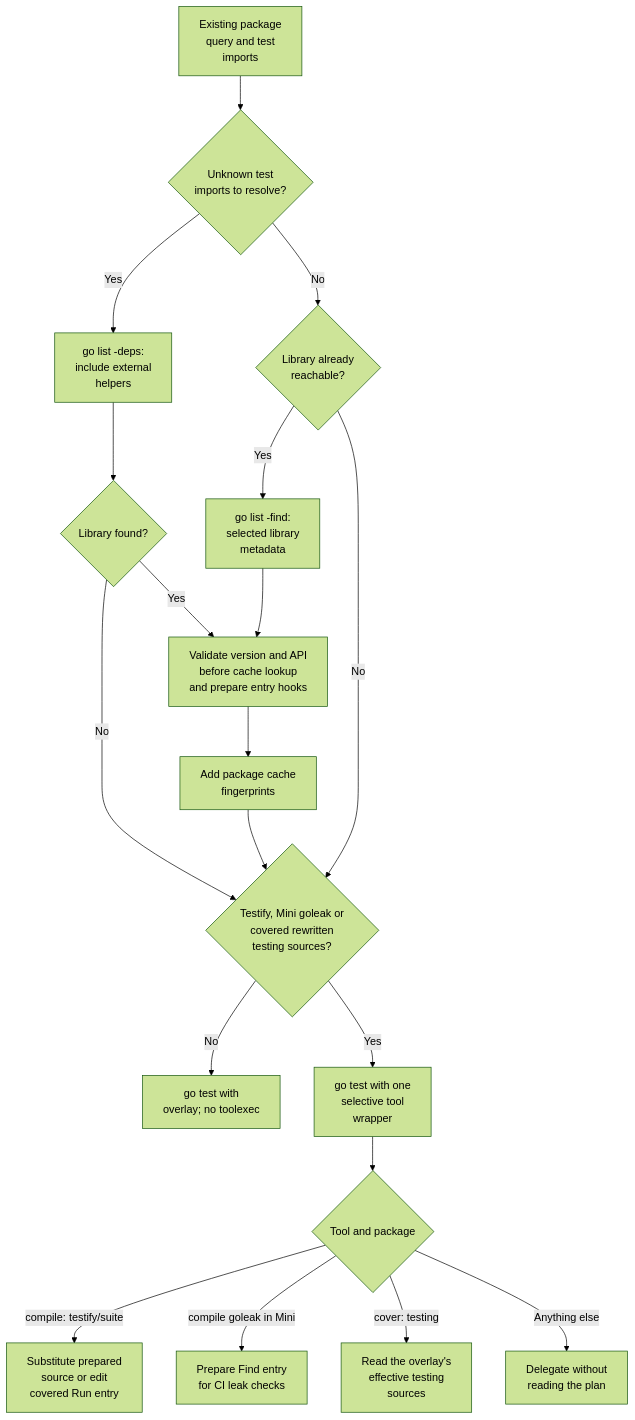
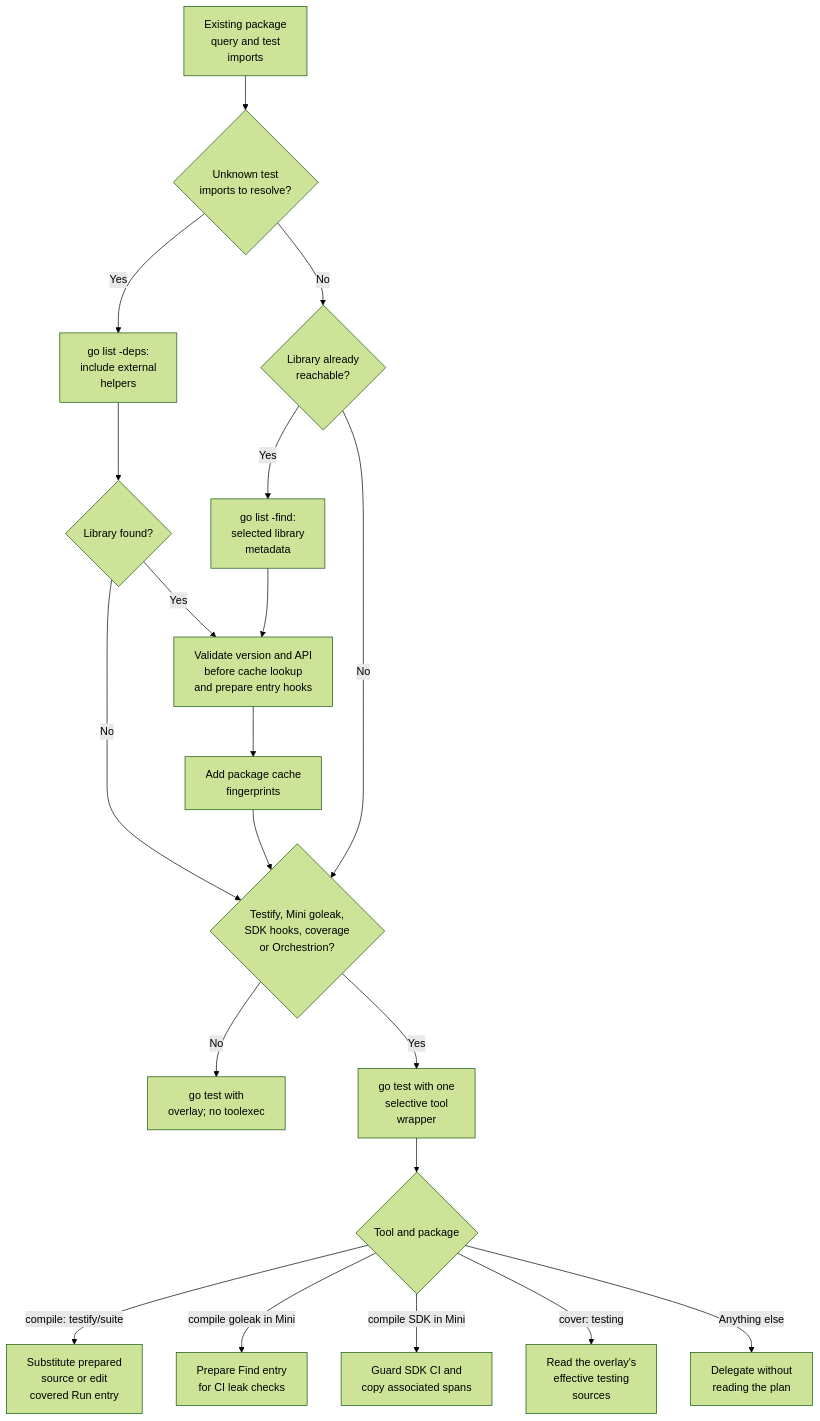
Before and after one commit to DataDog/ddtest: the first of 2 diagrams in ddto/docs/testify.md, drawn with Mermaid (forest theme). The commit also changed other lines of this file and 17 other files, not shown here.

````diff
--- a/ddto/docs/testify.md
+++ b/ddto/docs/testify.md
@@ -80,21 +80,22 @@
 ```mermaid
 flowchart TD
     Resolve["Existing package<br/>query and test<br/>imports"] --> Unknown{"Unknown test<br/>imports to resolve?"}
     Unknown -->|Yes| Deps["go list -deps:<br/>include external<br/>helpers"]
     Unknown -->|No| Known{"Library already<br/>reachable?"}
     Known -->|Yes| Find["go list -find:<br/>selected library<br/>metadata"]
     Known -->|No| Coverage
     Deps --> Found{"Library found?"}
     Found -->|No| Coverage
     Found -->|Yes| Prepare["Validate version and API<br/>before cache lookup<br/>and prepare entry hooks"]
     Find --> Prepare
     Prepare --> Fingerprint["Add package cache<br/>fingerprints"]
-    Fingerprint --> Coverage{"Testify, Mini goleak or<br/>covered rewritten<br/>testing sources?"}
+    Fingerprint --> Coverage{"Testify, Mini goleak,<br/>SDK hooks, coverage<br/>or Orchestrion?"}
     Coverage -->|No| Native["go test with<br/>overlay; no toolexec"]
     Coverage -->|Yes| Tool["go test with one<br/>selective tool<br/>wrapper"]
     Tool --> Dispatch{"Tool and package"}
     Dispatch -->|compile: testify/suite| Entry["Substitute prepared<br/>source or edit<br/>covered Run entry"]
     Dispatch -->|compile goleak in Mini| Goleak["Prepare Find entry<br/>for CI leak checks"]
+    Dispatch -->|compile SDK in Mini| SDK["Guard SDK CI and<br/>copy associated spans"]
     Dispatch -->|cover: testing| Bridge["Read the overlay's<br/>effective testing<br/>sources"]
     Dispatch -->|Anything else| Bypass["Delegate without<br/>reading the plan"]
 ```
````
